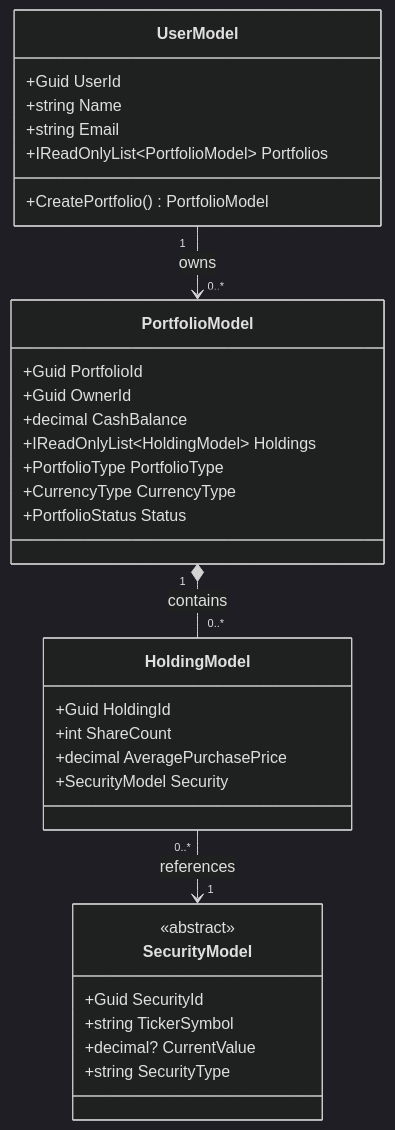
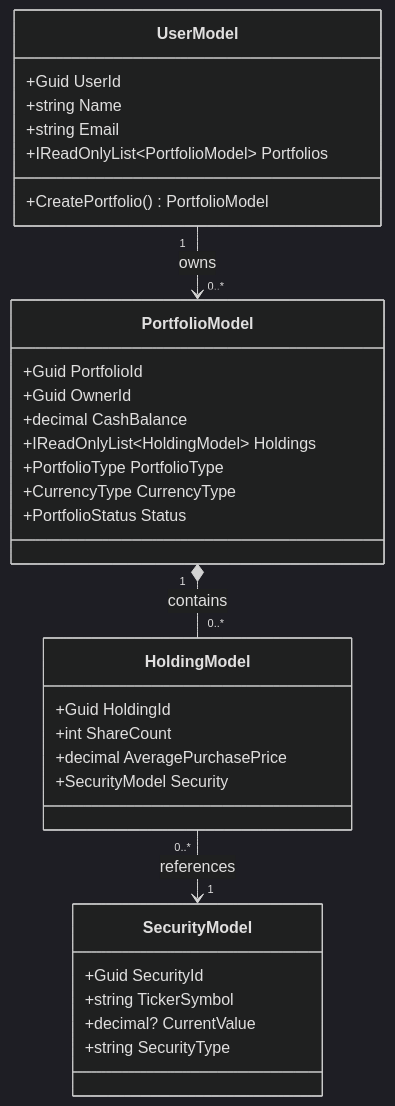
Before and after one commit to Myo-Myat-Thiha/Sep2026: the diagram in README.md, drawn with Mermaid (dark theme). The commit also changed other lines of this file and 12 other files, not shown here.

````diff
--- a/README.md
+++ b/README.md
@@ -120,41 +168,40 @@
 ```mermaid
 classDiagram
     direction TB
 
     class UserModel {
         +Guid UserId
         +string Name
         +string Email
         +IReadOnlyList~PortfolioModel~ Portfolios
         +CreatePortfolio() PortfolioModel
     }
 
     class PortfolioModel {
         +Guid PortfolioId
         +Guid OwnerId
         +decimal CashBalance
         +IReadOnlyList~HoldingModel~ Holdings
         +PortfolioType PortfolioType
         +CurrencyType CurrencyType
         +PortfolioStatus Status
     }
 
     class HoldingModel {
         +Guid HoldingId
         +int ShareCount
         +decimal AveragePurchasePrice
         +SecurityModel Security
     }
 
     class SecurityModel {
-        <<abstract>>
         +Guid SecurityId
         +string TickerSymbol
         +decimal? CurrentValue
         +string SecurityType
     }
 
     UserModel "1" --> "0..*" PortfolioModel : owns
     PortfolioModel "1" *-- "0..*" HoldingModel : contains
     HoldingModel "0..*" --> "1" SecurityModel : references
 ```
````
